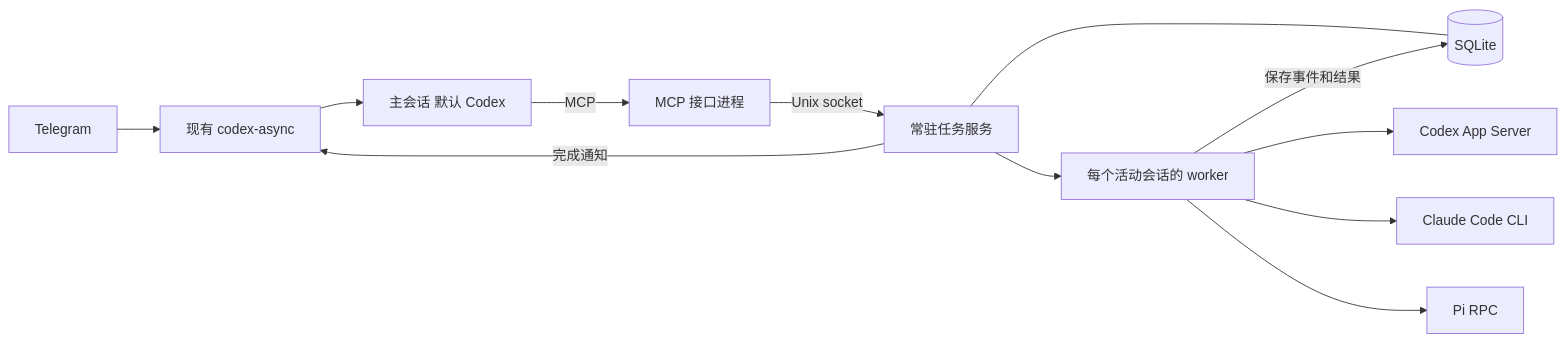
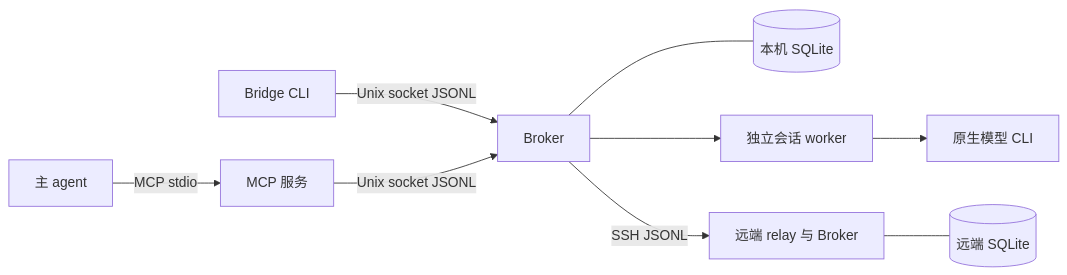
Before and after one commit to qinjian623/agent-bridge: the diagram in docs/zh/design.md, drawn with Mermaid. The commit also changed other lines of this file and 45 other files, not shown here.

````diff
--- a/docs/zh/design.md
+++ b/docs/zh/design.md
@@ -33,14 +9,11 @@
 ```mermaid
 flowchart LR
-    T[Telegram] --> A[现有 codex-async]
-    A --> M[主会话 默认 Codex]
-    M -->|MCP| G[MCP 接口进程]
-    G -->|Unix socket| B[常驻任务服务]
-    B --- D[(SQLite)]
-    B --> W[每个活动会话的 worker]
-    W --> C[Codex App Server]
-    W --> H[Claude Code CLI]
-    W --> P[Pi RPC]
-    W -->|保存事件和结果| D
-    B -->|完成通知| A
+    A[主 agent] -->|MCP stdio| M[MCP 服务]
+    C[Bridge CLI] -->|Unix socket JSONL| B[Broker]
+    M -->|Unix socket JSONL| B
+    B --- D[(本机 SQLite)]
+    B --> W[独立会话 worker]
+    W --> N[原生模型 CLI]
+    B -->|SSH JSONL| R[远端 relay 与 Broker]
+    R --- S[(远端 SQLite)]
 ```
````
